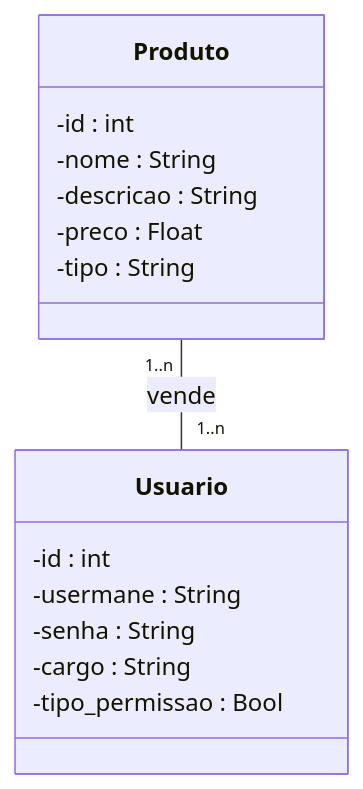
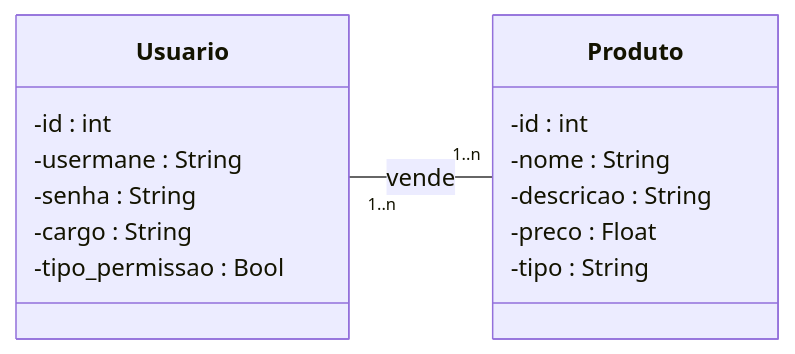
Before and after one commit to fernandesraquel/doc-modelos: the diagram in diagrams/diagram-class.md, drawn with Mermaid.

````diff
--- a/diagrams/diagram-class.md
+++ b/diagrams/diagram-class.md
@@ -2,22 +2,23 @@
 ```mermaid
 
 classDiagram
+  direction RL
   class Produto {
     -id : int
     -nome : String
     -descricao : String
     -preco : Float
     -tipo : String
   }
   class Usuario{
     -id : int
     -usermane : String
     -senha : String
     -cargo : String
     -tipo_permissao : Bool
   }
 
   Produto "1..n" -- "1..n" Usuario : vende
 
 
 ```
````
